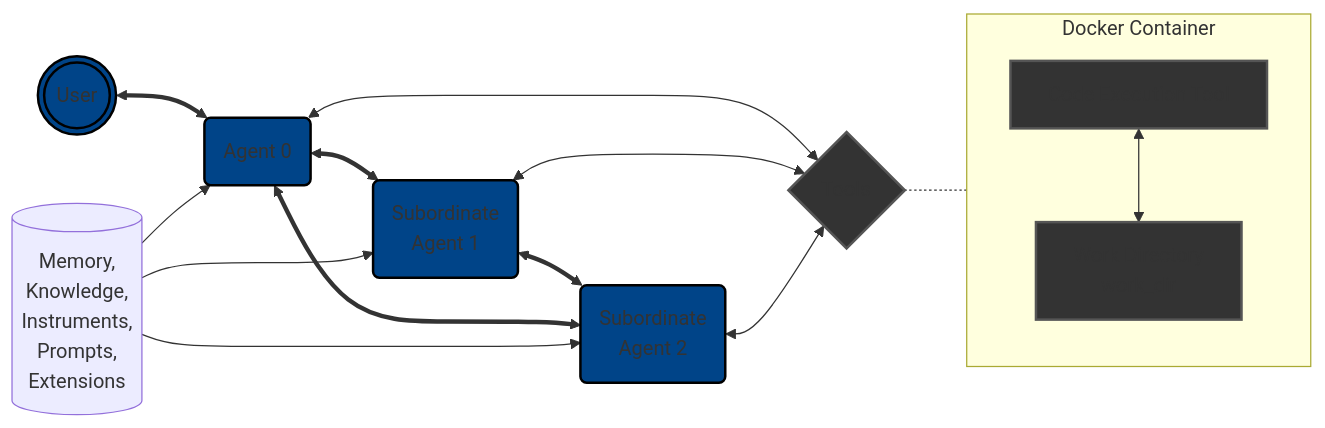
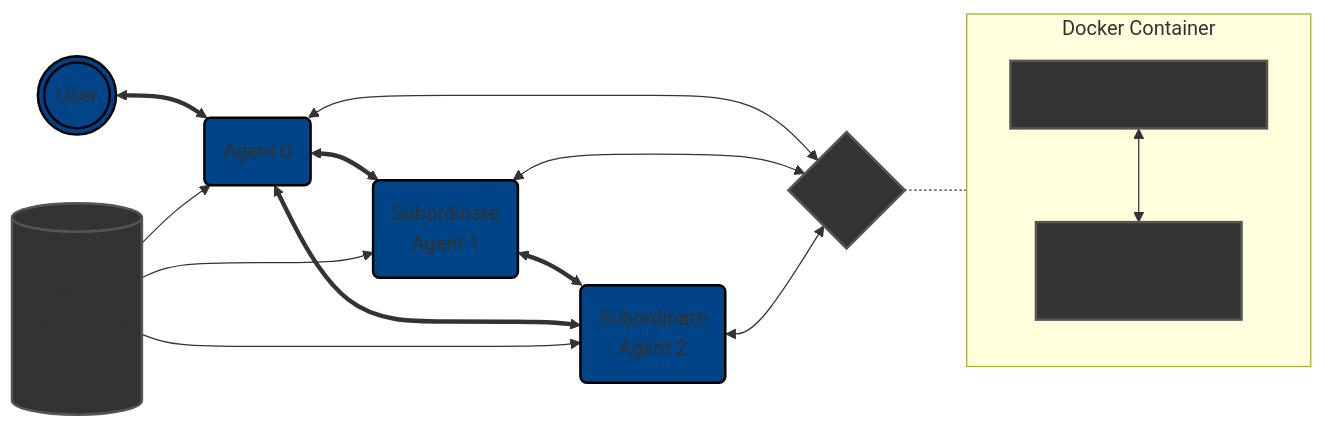
One commit to frdel/agent-zero changed the first of 2 diagrams in docs/architecture.md. Above: the diagram before and after it, drawn with Mermaid.

Commit message:
Update architecture.md
fix architecture graph colors

````diff
--- a/docs/architecture.md
+++ b/docs/architecture.md
@@ -4,32 +4,32 @@
 ```mermaid
 graph LR;    
     User(((User))) <==> AgentZero(Agent 0);
-    Data2[(
+    Data[(
     Memory,
     Knowledge,
     Instruments,
     Prompts,
     Extensions
     )]    
     AgentZero <==> SubAgent1(Subordinate 
     Agent 1);
     SubAgent1 <==> SubAgent2(Subordinate 
     Agent 2);
     AgentZero <==> SubAgent2
     AgentZero <--> Tools{Tools};
     SubAgent1 <--> Tools;
     SubAgent2 <--> Tools;
     Tools -.- CodeExec;
     subgraph "Docker Container"
     direction TB
         CodeExec[Code Execution Tool] <--> WorkDir[Work Directory
         work_dir];
     end
-    Data2 --> AgentZero;
-    Data2 --> SubAgent1;
-    Data2 --> SubAgent2;
+    Data --> AgentZero;
+    Data --> SubAgent1;
+    Data --> SubAgent2;
     classDef bk fill:#048,stroke:#000,stroke-width:2px;
     class User,AgentZero,SubAgent1,SubAgent2 bk;
     classDef grey fill:#333,stroke:#555,stroke-width:2px;
     class Data,Tools,CodeExec,WorkDir grey;
 ```
````
